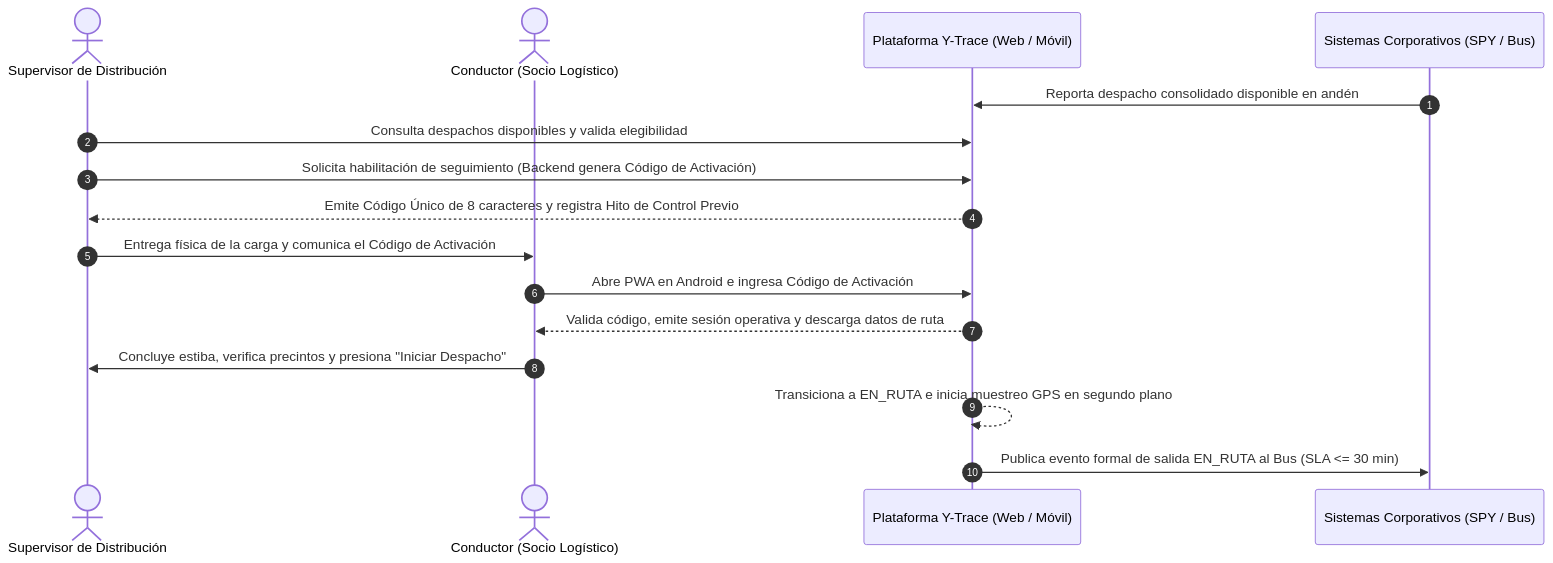
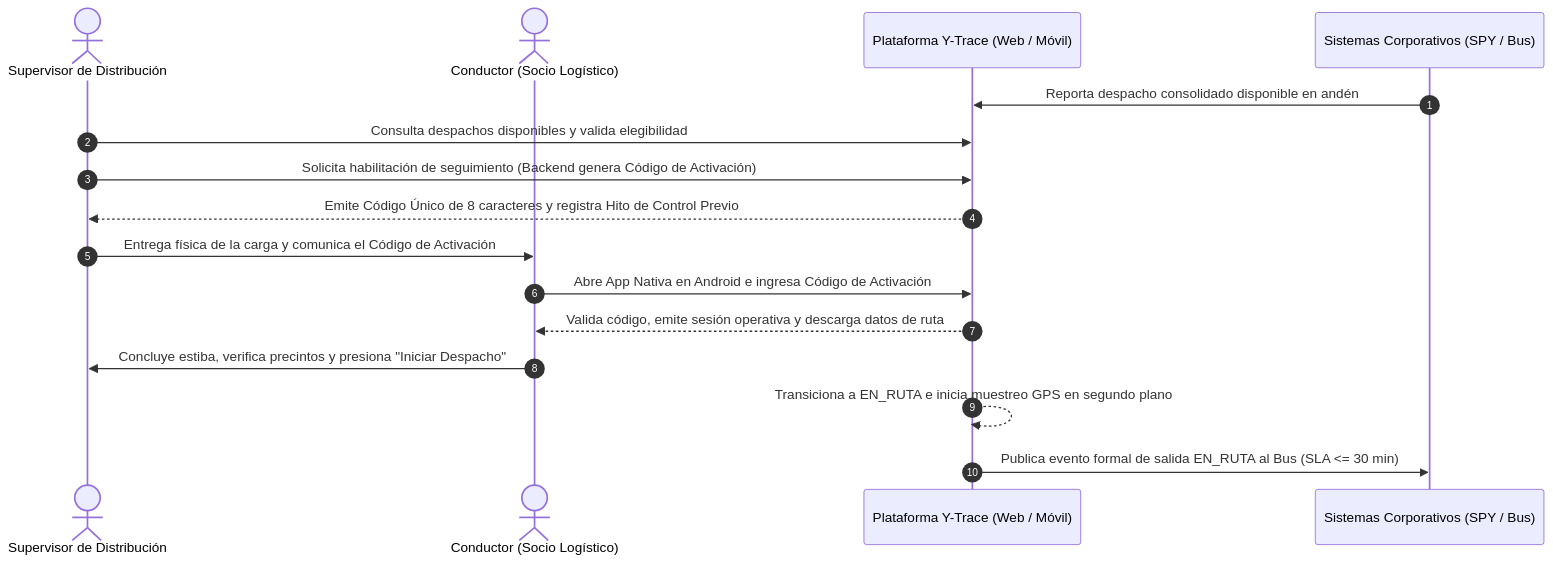
The second of 2 diagrams in Diagrama de Casos de Uso del Negocio (CUN)/02_CUN_01_DESPACHO_Y_SALIDA_CD.md (SaraviaH/arq-emp), drawn with Mermaid before and after one commit. The commit also changed other lines of this file and 49 other files, not shown here.

````diff
--- a/Diagrama de Casos de Uso del Negocio (CUN)/02_CUN_01_DESPACHO_Y_SALIDA_CD.md
+++ b/Diagrama de Casos de Uso del Negocio (CUN)/02_CUN_01_DESPACHO_Y_SALIDA_CD.md
@@ -56,19 +56,19 @@
 ```mermaid
 sequenceDiagram
     autonumber
     actor SUP as Supervisor de Distribución
     actor COND as Conductor (Socio Logístico)
     participant SIS as Plataforma Y-Trace (Web / Móvil)
     participant EXT as Sistemas Corporativos (SPY / Bus)
 
     EXT->>SIS: Reporta despacho consolidado disponible en andén
     SUP->>SIS: Consulta despachos disponibles y valida elegibilidad
     SUP->>SIS: Solicita habilitación de seguimiento (Backend genera Código de Activación)
     SIS-->>SUP: Emite Código Único de 8 caracteres y registra Hito de Control Previo
     SUP->>COND: Entrega física de la carga y comunica el Código de Activación
-    COND->>SIS: Abre PWA en Android e ingresa Código de Activación
+    COND->>SIS: Abre App Nativa en Android e ingresa Código de Activación
     SIS-->>COND: Valida código, emite sesión operativa y descarga datos de ruta
     COND->>SUP: Concluye estiba, verifica precintos y presiona "Iniciar Despacho"
     SIS-->>SIS: Transiciona a EN_RUTA e inicia muestreo GPS en segundo plano
     SIS->>EXT: Publica evento formal de salida EN_RUTA al Bus (SLA <= 30 min)
 ```
````
